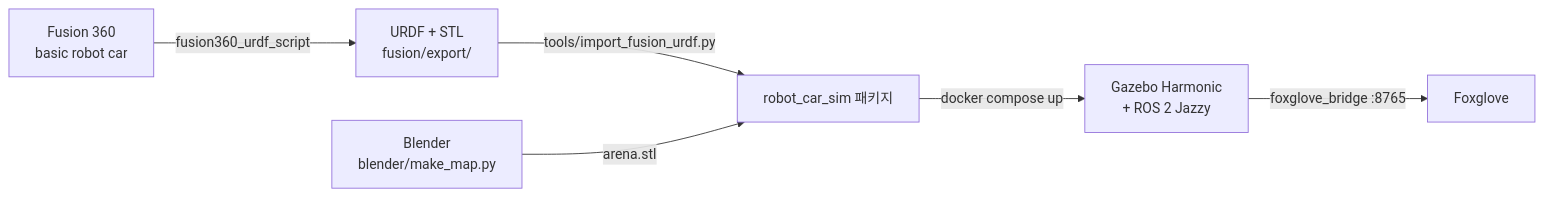
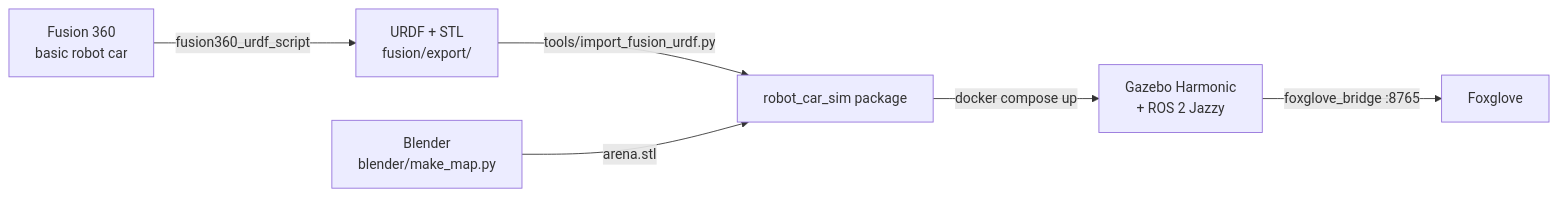
The diagram in README.md (LUKE-hyungjin/foxglove_basic_robot_car), drawn with Mermaid before and after one commit. The commit also changed other lines of this file and 8 other files, not shown here.

````diff
--- a/README.md
+++ b/README.md
@@ -18,8 +18,8 @@
 ```mermaid
 flowchart LR
 	F["Fusion 360<br/>basic robot car"] -->|fusion360_urdf_script| U["URDF + STL<br/>fusion/export/"]
-	U -->|tools/import_fusion_urdf.py| P["robot_car_sim 패키지"]
+	U -->|tools/import_fusion_urdf.py| P["robot_car_sim package"]
 	B["Blender<br/>blender/make_map.py"] -->|arena.stl| P
 	P -->|docker compose up| G["Gazebo Harmonic<br/>+ ROS 2 Jazzy"]
 	G -->|foxglove_bridge :8765| X["Foxglove"]
 ```
````
